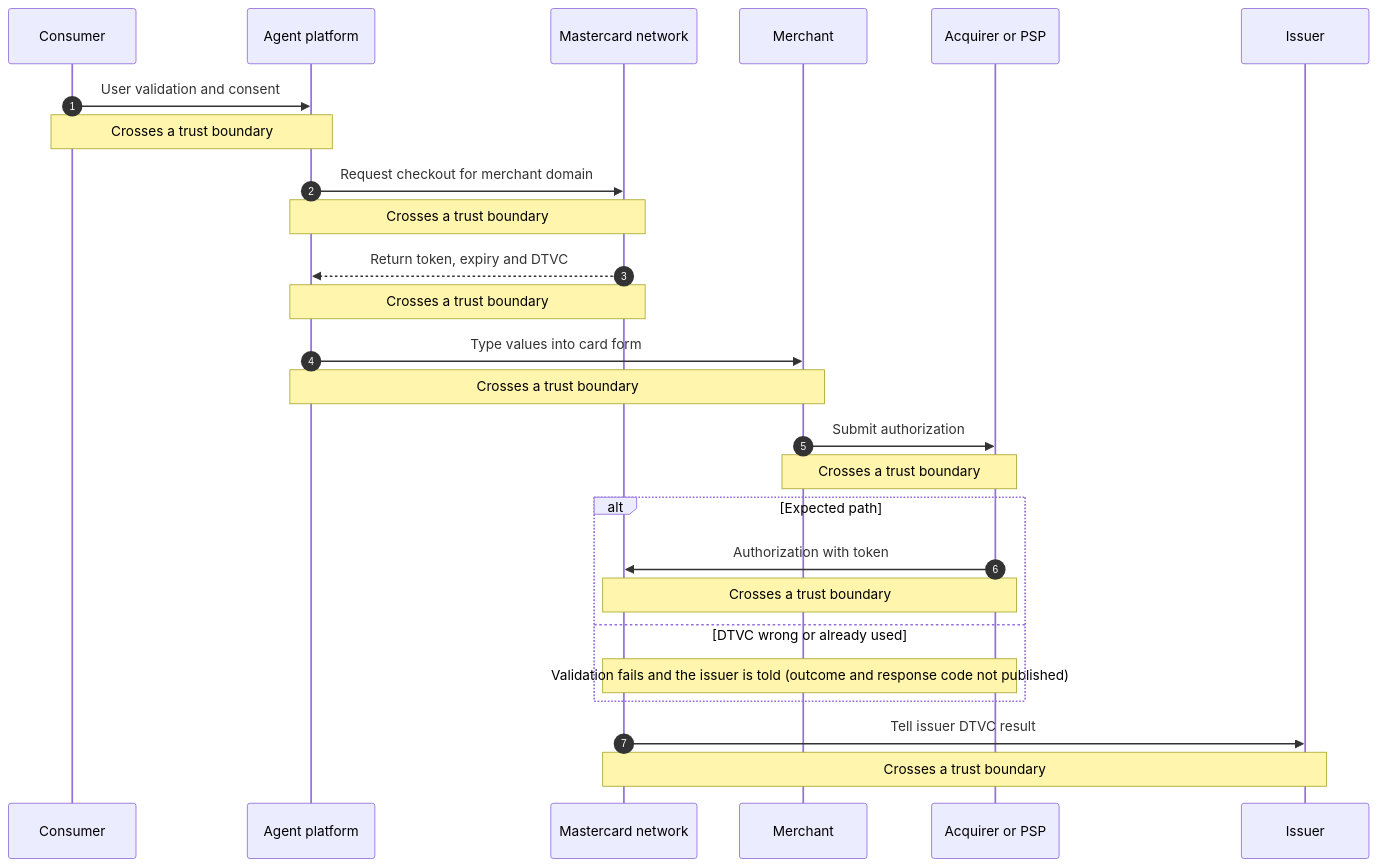
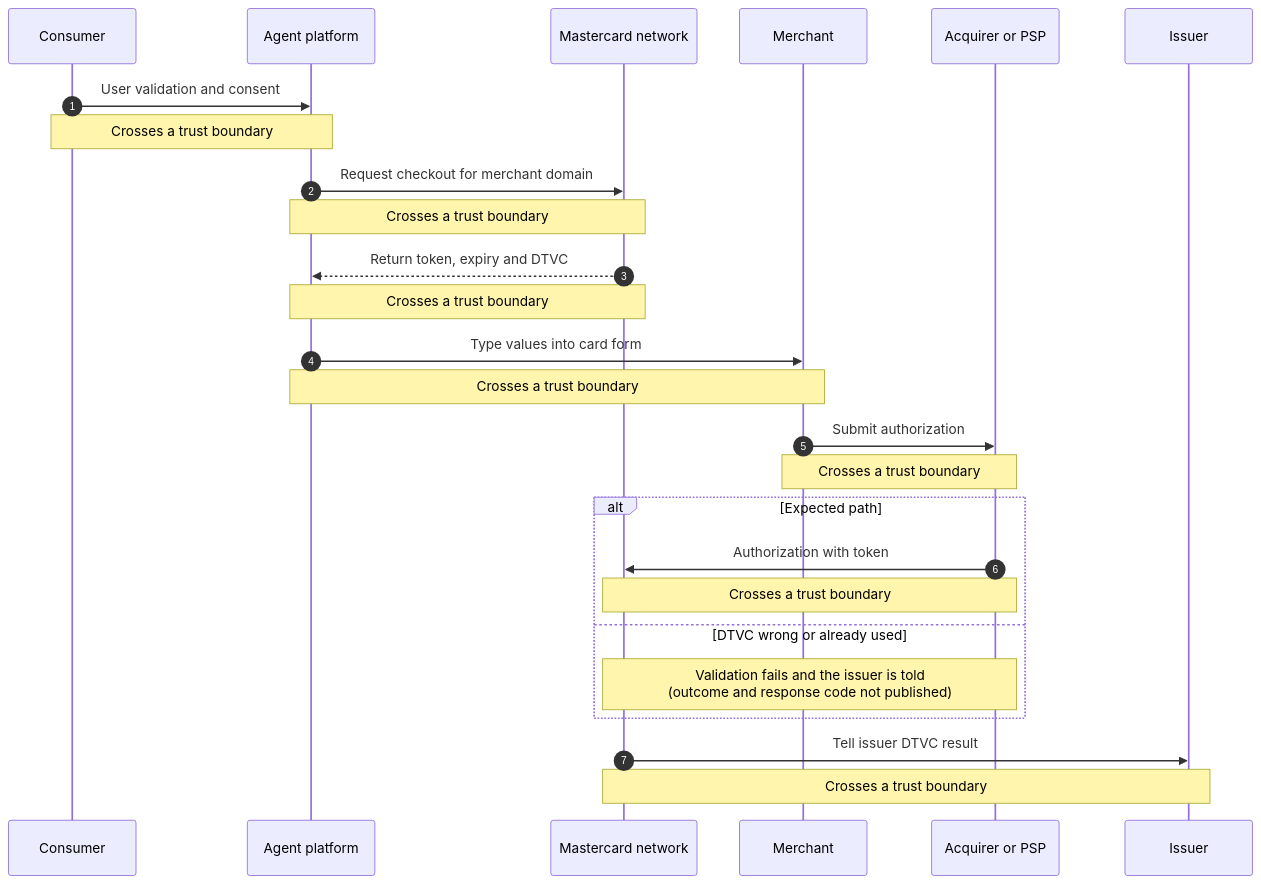
The diagram in src/generated/mermaid/mastercard-agent-pay-dtvc-guest-checkout.mmd (mercesAI/agentic-rails-atlas), drawn with Mermaid before and after one commit. The commit also changed 353 other files, not shown here.

Commit message:
feat(diagrams): wide and readable renders: dagre layout, 16 px text, 300 px label wrap, pre-wrapped sequence messages, no entity codes in state transitions, label halo; shared id-suffix module; --dir guard and font versions in the render cache key

```diff
--- a/src/generated/mermaid/mastercard-agent-pay-dtvc-guest-checkout.mmd
+++ b/src/generated/mermaid/mastercard-agent-pay-dtvc-guest-checkout.mmd
@@ -1,28 +1,28 @@
 sequenceDiagram
   accTitle: Guest checkout with a Virtual Card Token and a DTVC
   accDescr: Sequence diagram: Guest checkout with a Virtual Card Token and a DTVC. 6 participants: Consumer, Agent platform, Mastercard network, Merchant, Acquirer or PSP, and Issuer. 7 steps, 7 crossing a trust boundary, 1 failure branch. Based on mastercard-agent-pay Agent Pay developer guides (unversioned, read 2026-10-11) (2026-10-11). Step 1: Consumer to Agent platform: User validation and consent. This step crosses a trust boundary. Step 2: Agent platform to Mastercard network: Request checkout for merchant domain. This step crosses a trust boundary. Step 3: Mastercard network to Agent platform: Return token, expiry and DTVC. This step crosses a trust boundary. Step 4: Agent platform to Merchant: Type values into card form. This step crosses a trust boundary. Step 5: Merchant to Acquirer or PSP: Submit authorization. This step crosses a trust boundary. Step 6: Acquirer or PSP to Mastercard network: Authorization with token. This step crosses a trust boundary. If DTVC wrong or already used: Validation fails and the issuer is told (outcome and response code not published). Step 7: Mastercard network to Issuer: Tell issuer DTVC result. This step crosses a trust boundary.
   autonumber
   participant p_consumer as Consumer
   participant p_agent as Agent platform
   participant p_network as Mastercard network
   participant p_merchant as Merchant
   participant p_acquirer as Acquirer or PSP
   participant p_issuer as Issuer
   p_consumer->>p_agent: User validation and consent
   Note over p_consumer,p_agent: Crosses a trust boundary
   p_agent->>p_network: Request checkout for merchant domain
   Note over p_agent,p_network: Crosses a trust boundary
   p_network-->>p_agent: Return token, expiry and DTVC
   Note over p_network,p_agent: Crosses a trust boundary
   p_agent->>p_merchant: Type values into card form
   Note over p_agent,p_merchant: Crosses a trust boundary
   p_merchant->>p_acquirer: Submit authorization
   Note over p_merchant,p_acquirer: Crosses a trust boundary
   alt Expected path
     p_acquirer->>p_network: Authorization with token
     Note over p_acquirer,p_network: Crosses a trust boundary
   else DTVC wrong or already used
-    Note over p_acquirer,p_network: Validation fails and the issuer is told (outcome and response code not published)
+    Note over p_acquirer,p_network: Validation fails and the issuer is told<br/>(outcome and response code not published)
   end
   p_network->>p_issuer: Tell issuer DTVC result
   Note over p_network,p_issuer: Crosses a trust boundary
```
